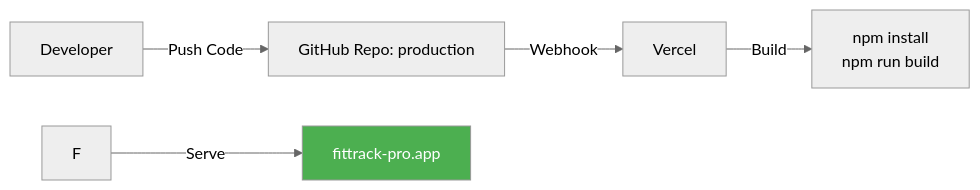
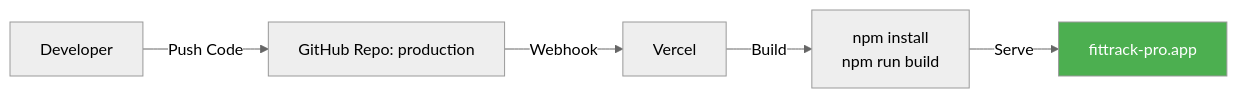
The eighth of 8 diagrams in fittrack-pro/architecture.md (dedied/project-docs), drawn with Mermaid (neutral theme) before and after one commit. The commit also changed other lines of this file, not shown here.

Commit message:
mermaid fix

````diff
--- a/fittrack-pro/architecture.md
+++ b/fittrack-pro/architecture.md
@@ -221,9 +221,9 @@
 ```mermaid
 graph LR
     A["Developer"] -->|Push Code| B["GitHub Repo: production"]
     B -->|Webhook| C["Vercel"]
     C -->|Build| D["npm install<br/>npm run build"]
-    F -->|Serve| G["fittrack-pro.app"]
+    D -->|Serve| E["fittrack-pro.app"]
 
-    style G fill:#4CAF50,color:#fff
+    style E fill:#4CAF50,color:#fff
 ```
````
